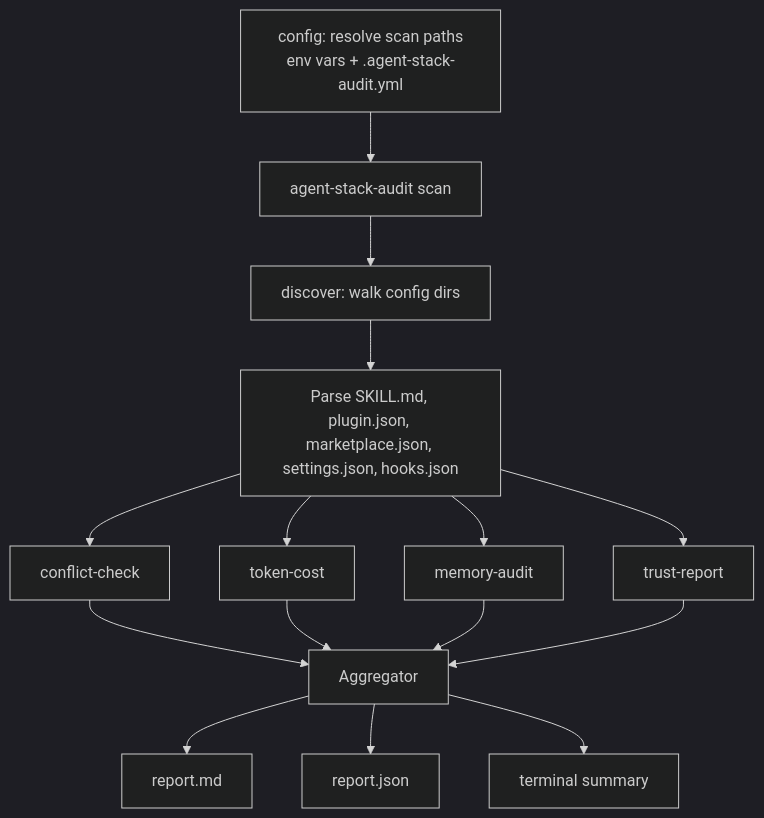
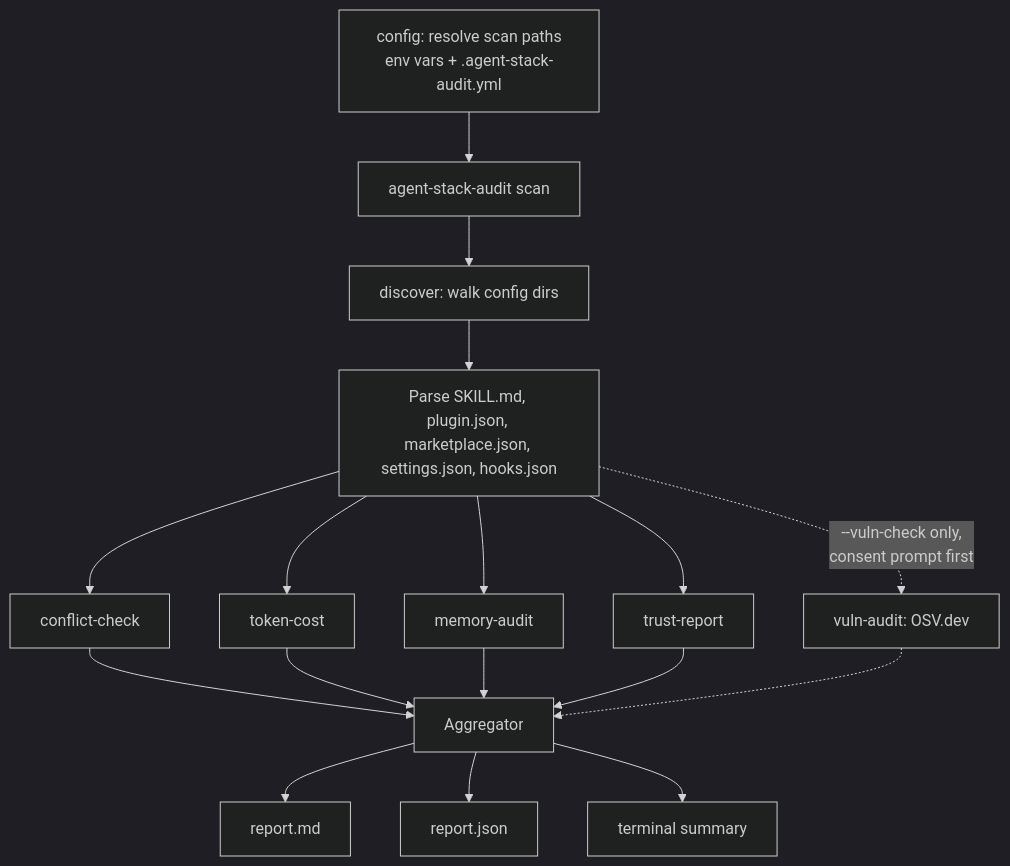
The diagram in docs/ARCHITECTURE.md (damta8827773/agent-stack-audit), drawn with Mermaid (dark theme) before and after one commit. The commit also changed other lines of this file and 45 other files, not shown here.

````diff
--- a/docs/ARCHITECTURE.md
+++ b/docs/ARCHITECTURE.md
@@ -5,17 +5,19 @@
 ```mermaid
 flowchart TD
     Z[config: resolve scan paths<br/>env vars + .agent-stack-audit.yml] --> A[agent-stack-audit scan]
     A --> B[discover: walk config dirs]
     B --> C[Parse SKILL.md, plugin.json, marketplace.json, settings.json, hooks.json]
     C --> D[conflict-check]
     C --> E[token-cost]
     C --> F[memory-audit]
     C --> G[trust-report]
+    C -.->|--vuln-check only,<br/>consent prompt first| L[vuln-audit: OSV.dev]
     D --> H[Aggregator]
     E --> H
     F --> H
     G --> H
+    L -.-> H
     H --> I[report.md]
     H --> J[report.json]
     H --> K[terminal summary]
 ```
````
